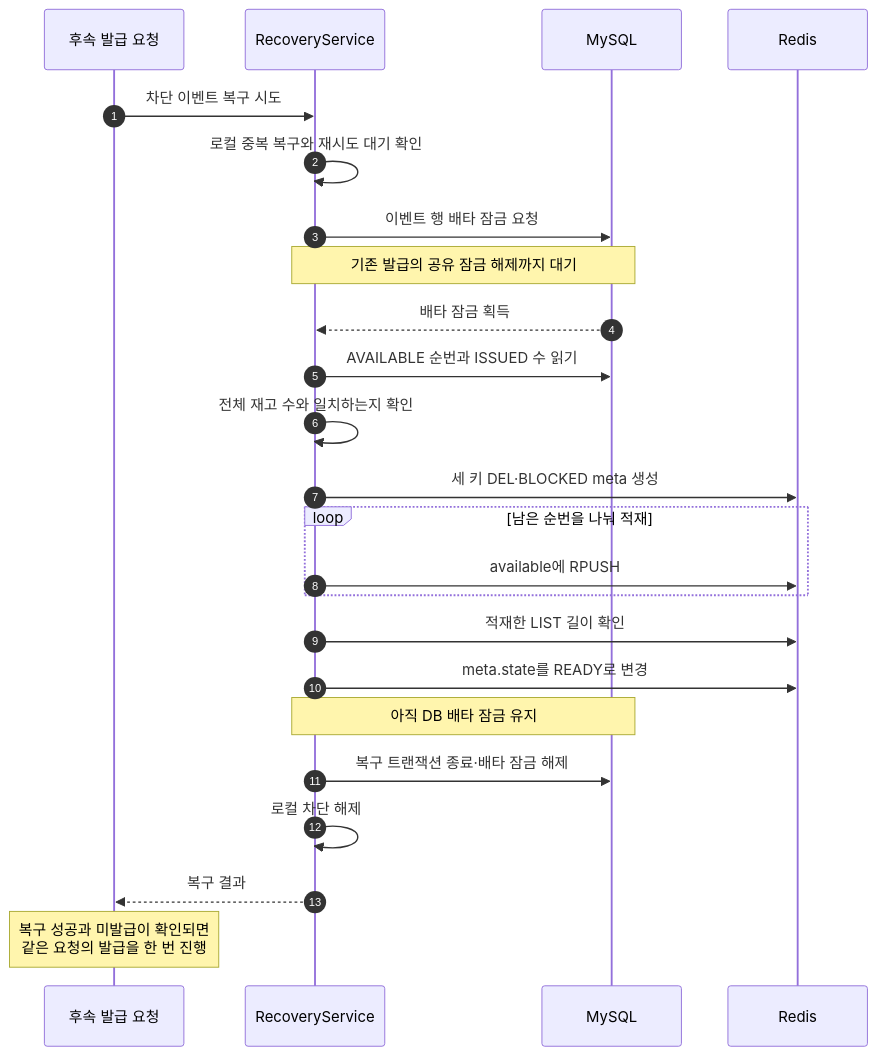
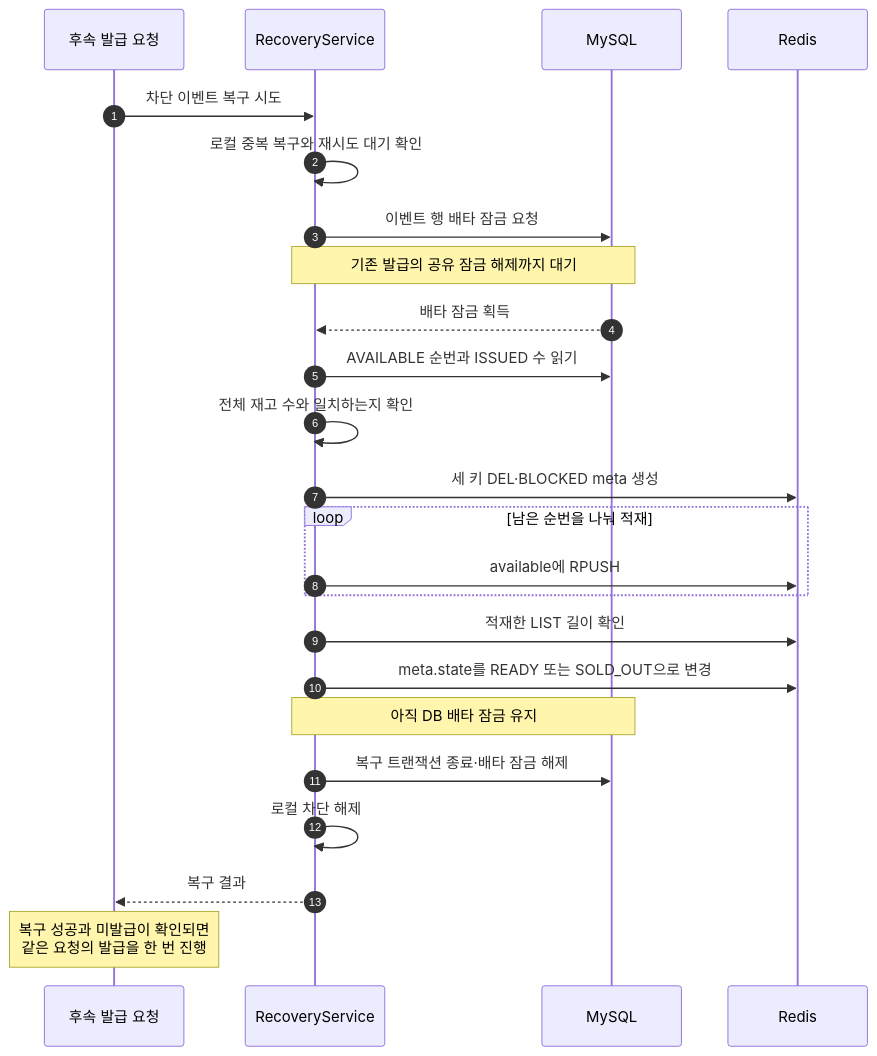
One commit to lunch-catch/lc-backend changed the fourth of 5 diagrams in docs/design/coupon/coupon-issuance-v2-design.md. Above: the diagram before and after it, drawn with Mermaid. The commit also changed other lines of this file and 6 other files, not shown here.

````diff
--- a/docs/design/coupon/coupon-issuance-v2-design.md
+++ b/docs/design/coupon/coupon-issuance-v2-design.md
@@ -437,27 +442,27 @@
 ```mermaid
 sequenceDiagram
     autonumber
     participant C as 후속 발급 요청
     participant F as RecoveryService
     participant D as MySQL
     participant R as Redis
 
     C->>F: 차단 이벤트 복구 시도
     F->>F: 로컬 중복 복구와 재시도 대기 확인
     F->>D: 이벤트 행 배타 잠금 요청
     Note over F,D: 기존 발급의 공유 잠금 해제까지 대기
     D-->>F: 배타 잠금 획득
     F->>D: AVAILABLE 순번과 ISSUED 수 읽기
     F->>F: 전체 재고 수와 일치하는지 확인
     F->>R: 세 키 DEL·BLOCKED meta 생성
     loop 남은 순번을 나눠 적재
         F->>R: available에 RPUSH
     end
     F->>R: 적재한 LIST 길이 확인
-    F->>R: meta.state를 READY로 변경
+    F->>R: meta.state를 READY 또는 SOLD_OUT으로 변경
     Note over F,D: 아직 DB 배타 잠금 유지
     F->>D: 복구 트랜잭션 종료·배타 잠금 해제
     F->>F: 로컬 차단 해제
     F-->>C: 복구 결과
     Note over C: 복구 성공과 미발급이 확인되면<br/>같은 요청의 발급을 한 번 진행
 ```
````
